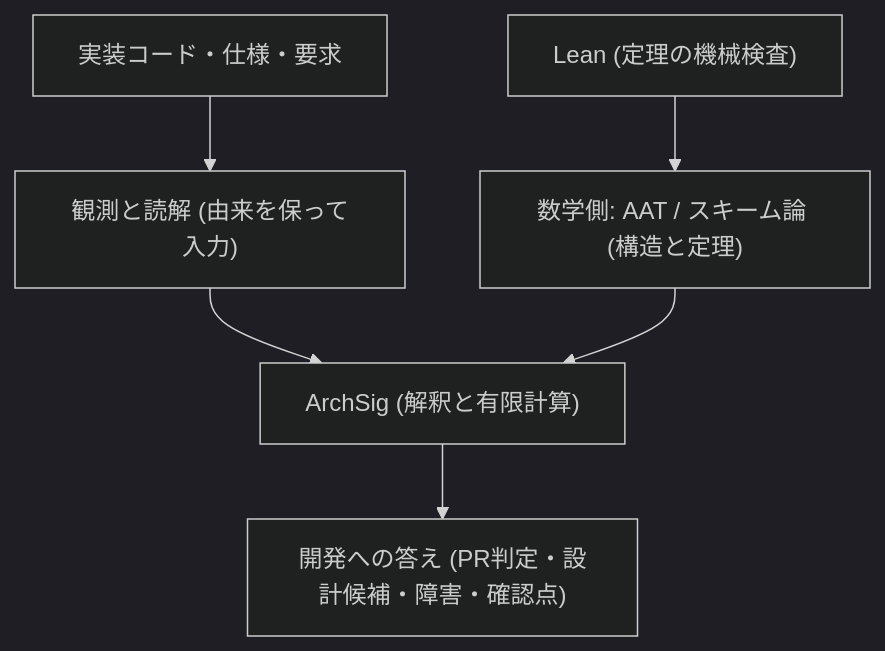
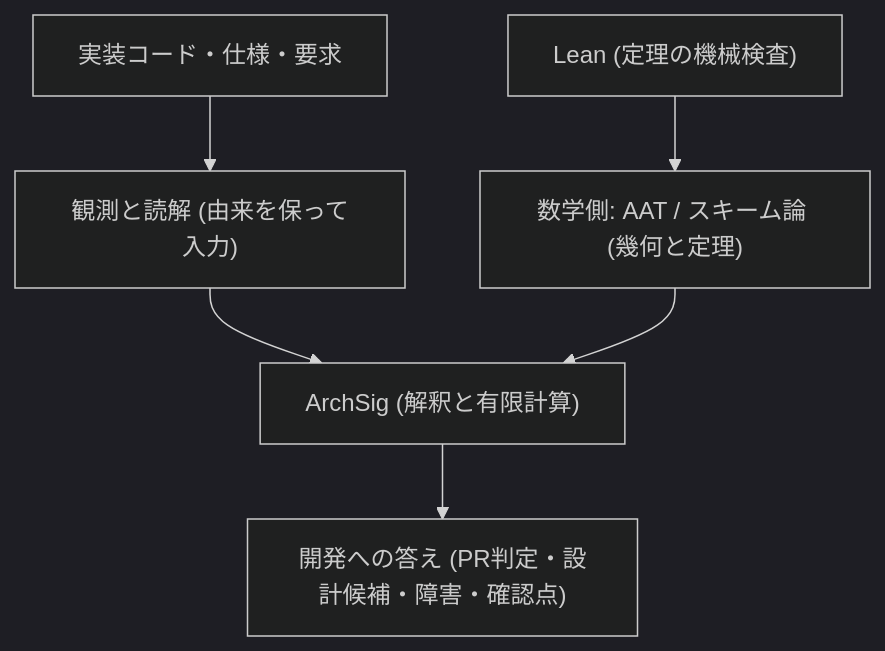
The diagram in outreach/blog/zenn/zenn_unified_tool_suite_rising_sea.md (iroha1203/AlgebraicArchitectureTheoryV2), drawn with Mermaid (dark theme) before and after one commit. The commit also changed other lines of this file and 1 other file, not shown here.

````diff
--- a/outreach/blog/zenn/zenn_unified_tool_suite_rising_sea.md
+++ b/outreach/blog/zenn/zenn_unified_tool_suite_rising_sea.md
@@ -102,8 +102,8 @@
 ```mermaid
 flowchart TB
   Code["実装コード・仕様・要求"] --> Obs["観測と読解 (由来を保って入力)"]
   Obs --> ArchSig["ArchSig (解釈と有限計算)"]
-  Math["数学側: AAT / スキーム論 (構造と定理)"] --> ArchSig
+  Math["数学側: AAT / スキーム論 (幾何と定理)"] --> ArchSig
   Lean["Lean (定理の機械検査)"] --> Math
   ArchSig --> Ans["開発への答え (PR判定・設計候補・障害・確認点)"]
 ```
````
